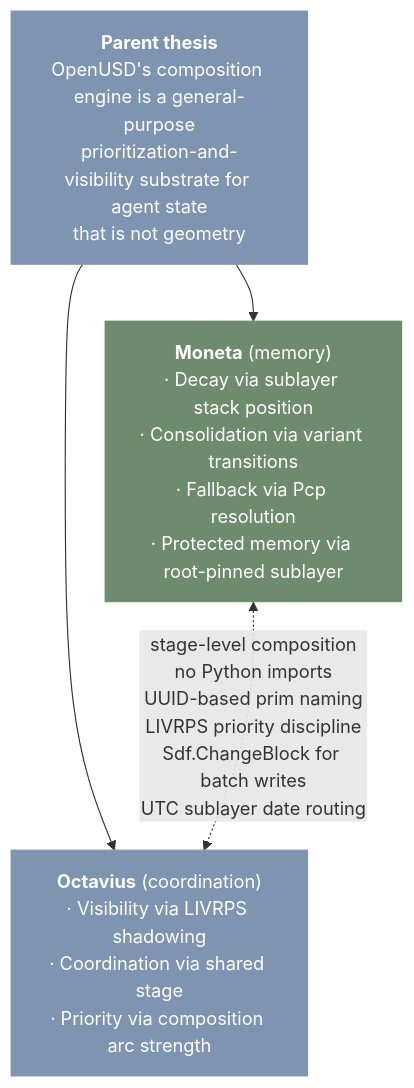
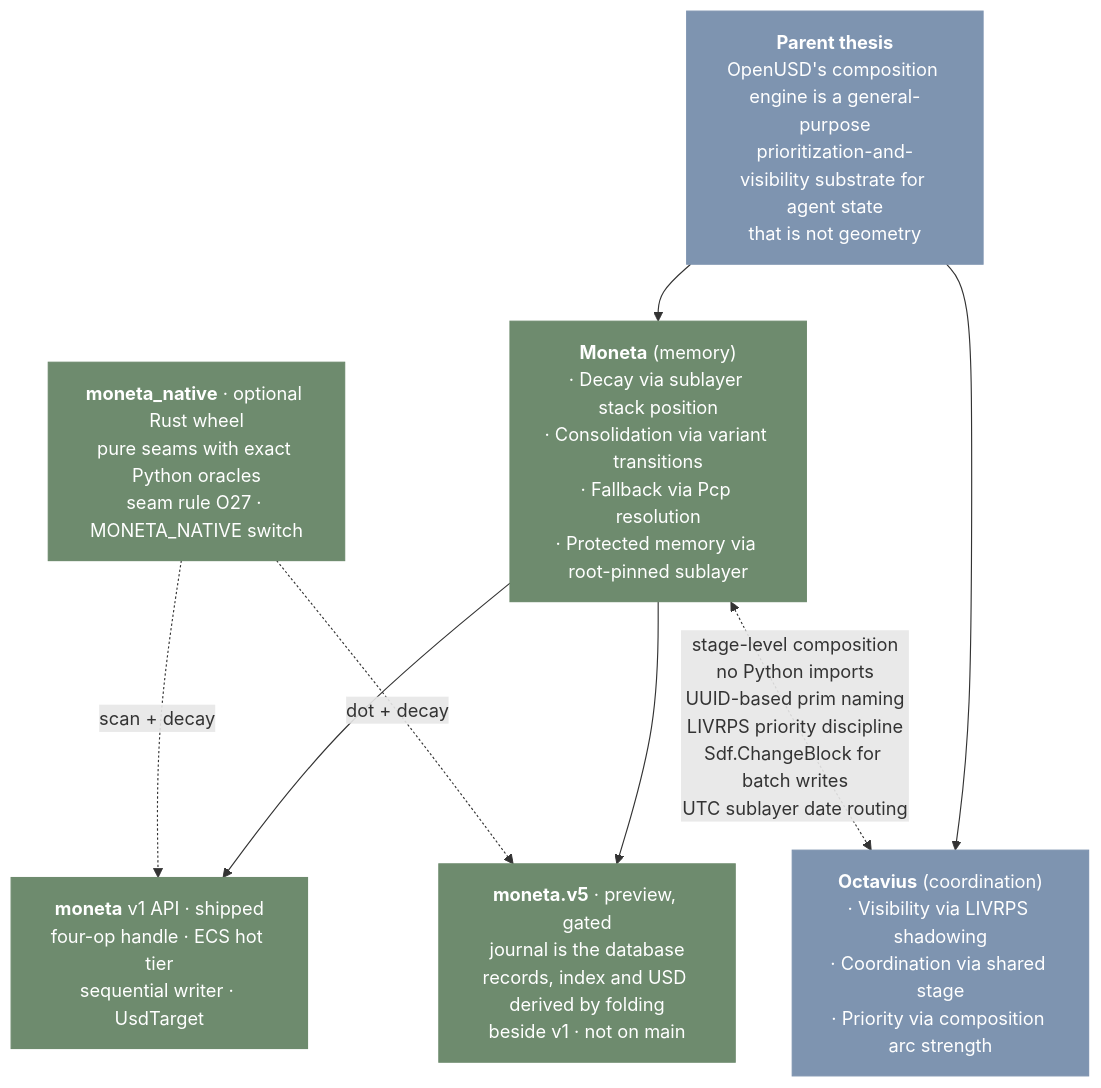
Before and after one commit to JosephOIbrahim/Moneta: the eighth of 10 diagrams in README.md, drawn with Mermaid. The commit also changed other lines of this file and 1 other file, not shown here.

First line of the commit message:
docs: README for v1.3.0-rc1 (native seams, v5 preview, test matrix, new mermaid diagrams)

````diff
--- a/README.md
+++ b/README.md
@@ -440,19 +467,29 @@
 ```mermaid
 graph TB
     thesis["<b>Parent thesis</b><br/>OpenUSD's composition engine is a general-purpose<br/>prioritization-and-visibility substrate for agent state<br/>that is not geometry"]
 
     moneta["<b>Moneta</b> (memory)<br/>· Decay via sublayer stack position<br/>· Consolidation via variant transitions<br/>· Fallback via Pcp resolution<br/>· Protected memory via root-pinned sublayer"]
 
     octavius["<b>Octavius</b> (coordination)<br/>· Visibility via LIVRPS shadowing<br/>· Coordination via shared stage<br/>· Priority via composition arc strength"]
 
+    v1["<b>moneta</b> v1 API · shipped<br/>four-op handle · ECS hot tier<br/>sequential writer · UsdTarget"]
+
+    v5["<b>moneta.v5</b> · preview, gated<br/>journal is the database<br/>records, index and USD derived by folding<br/>beside v1 · not on main"]
+
+    native["<b>moneta_native</b> · optional Rust wheel<br/>pure seams with exact Python oracles<br/>seam rule O27 · MONETA_NATIVE switch"]
+
     thesis --> moneta
     thesis --> octavius
+    moneta --> v1
+    moneta --> v5
+    native -.->|"scan + decay"| v1
+    native -.->|"dot + decay"| v5
 
     moneta <-. "stage-level composition<br/>no Python imports<br/>UUID-based prim naming<br/>LIVRPS priority discipline<br/>Sdf.ChangeBlock for batch writes<br/>UTC sublayer date routing" .-> octavius
 
     classDef green fill:#6E8B6E,color:#fff,stroke:#6E8B6E
     classDef blue fill:#7E94B0,color:#fff,stroke:#7E94B0
 
-    class moneta green
+    class moneta,v1,v5,native green
     class thesis,octavius blue
 ```
````
